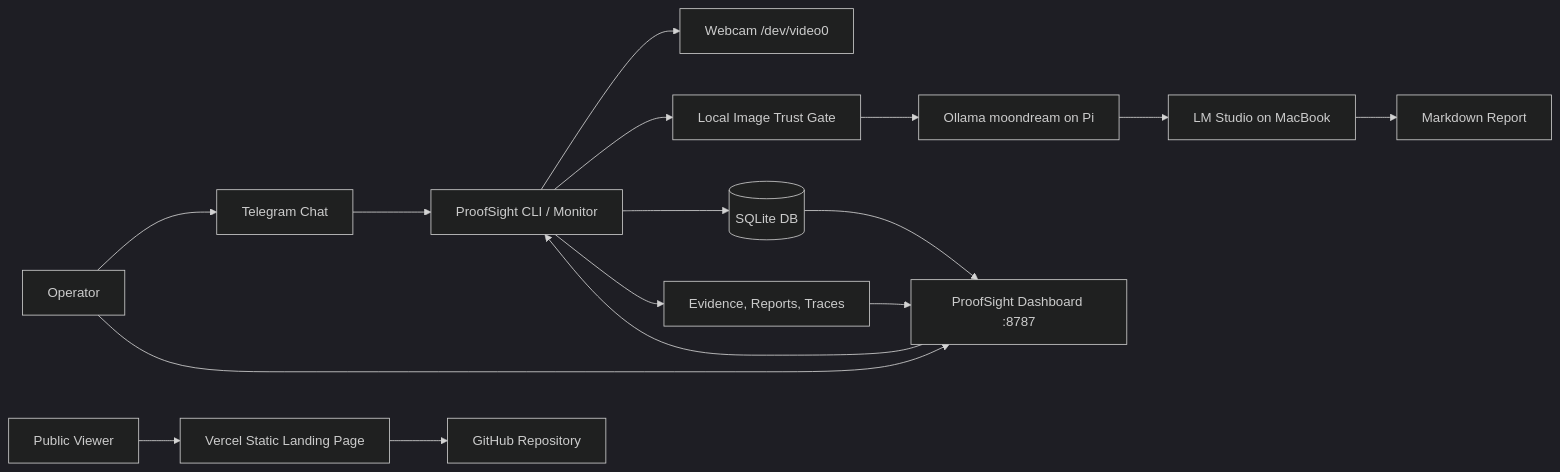
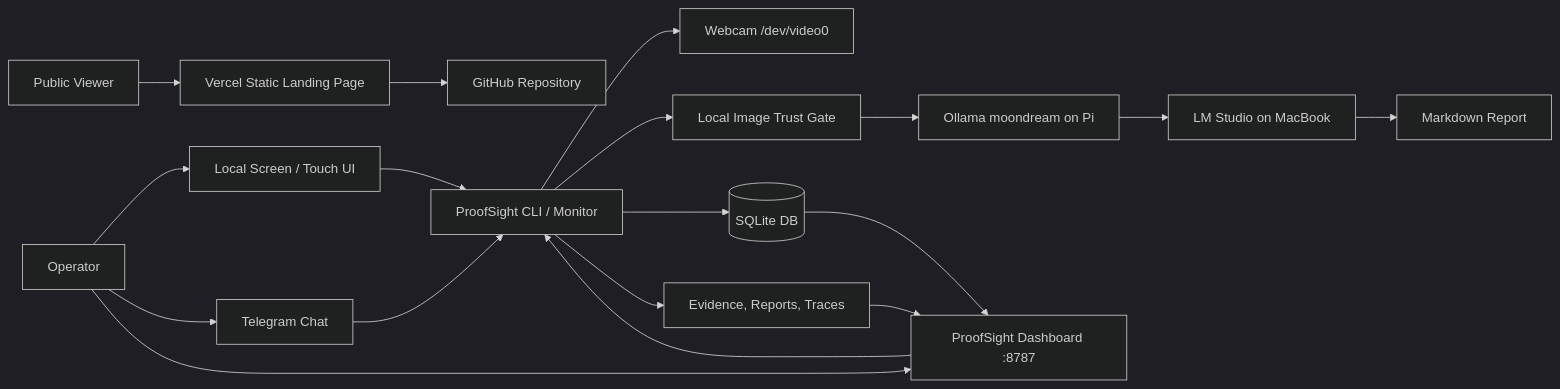
The diagram in README.md (MasteraSnackin/ProofSight), drawn with Mermaid (dark theme) before and after one commit. The commit also changed other lines of this file and 1 other file, not shown here.

````diff
--- a/README.md
+++ b/README.md
@@ -75,18 +79,20 @@
 ```mermaid
 flowchart LR
-  Operator[Operator] --> Telegram[Telegram Chat]
+  Operator[Operator] --> Screen[Local Screen / Touch UI]
+  Operator --> Telegram[Telegram Chat]
   Operator --> Dashboard[ProofSight Dashboard :8787]
+  Screen --> Agent[ProofSight CLI / Monitor]
   Telegram --> Agent[ProofSight CLI / Monitor]
   Dashboard --> Agent[ProofSight CLI / Monitor]
   Agent --> Camera[Webcam /dev/video0]
   Agent --> Gate[Local Image Trust Gate]
   Gate --> Vision[Ollama moondream on Pi]
   Vision --> Reasoning[LM Studio on MacBook]
   Reasoning --> Report[Markdown Report]
   Agent --> Store[(SQLite DB)]
   Agent --> Files[Evidence, Reports, Traces]
   Files --> Dashboard
   Store --> Dashboard
   Public[Public Viewer] --> Vercel[Vercel Static Landing Page]
   Vercel --> Repo[GitHub Repository]
 ```
````
